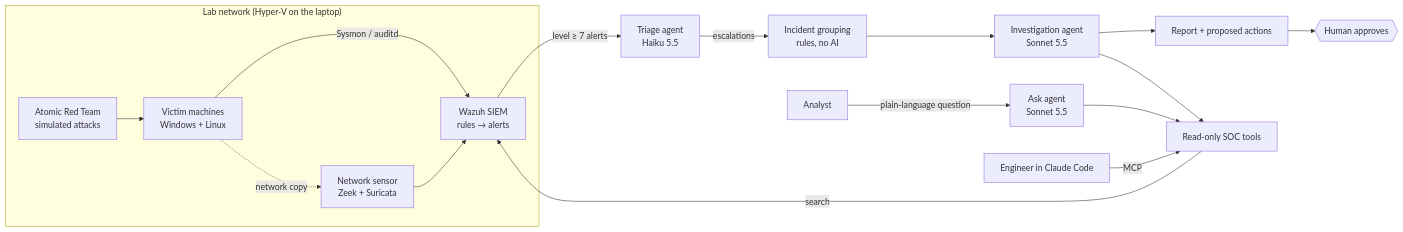
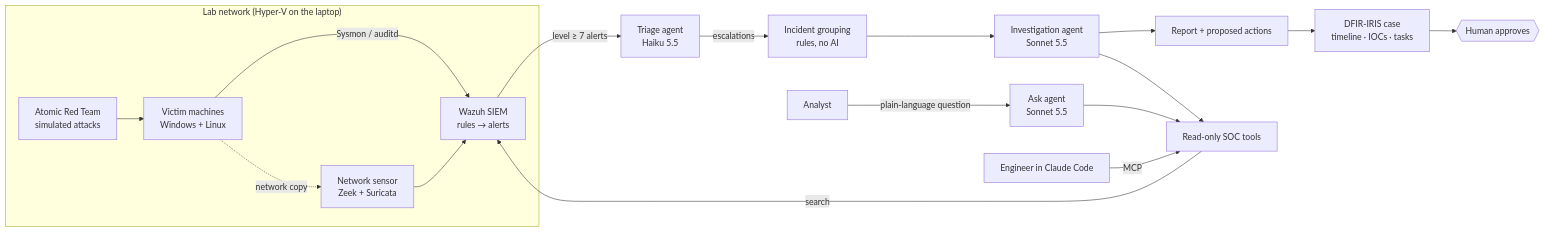
One commit to bharathcmbox/tiny-agenticsoc changed the diagram in README.md. Above: the diagram before and after it, drawn with Mermaid. The commit also changed other lines of this file and 9 other files, not shown here.

First line of the commit message:
DFIR-IRIS case management: incidents become cases

````diff
--- a/README.md
+++ b/README.md
@@ -55,18 +56,19 @@
 ```mermaid
 flowchart LR
   subgraph LAB["Lab network (Hyper-V on the laptop)"]
     ART["Atomic Red Team<br/>simulated attacks"] --> V["Victim machines<br/>Windows + Linux"]
     V -- "Sysmon / auditd" --> W["Wazuh SIEM<br/>rules → alerts"]
     V -. "network copy" .-> S["Network sensor<br/>Zeek + Suricata"] --> W
   end
   W -- "level ≥ 7 alerts" --> T["Triage agent<br/>Haiku 5.5"]
   T -- "escalations" --> G["Incident grouping<br/>rules, no AI"]
   G --> I["Investigation agent<br/>Sonnet 5.5"]
   I --> R["Report + proposed actions"]
-  R --> H{{"Human approves"}}
+  R --> C["DFIR-IRIS case<br/>timeline · IOCs · tasks"]
+  C --> H{{"Human approves"}}
   U["Analyst"] -- "plain-language question" --> A["Ask agent<br/>Sonnet 5.5"]
   CC["Engineer in Claude Code"] -- "MCP" --> TOOLS
   A --> TOOLS["Read-only SOC tools"]
   I --> TOOLS
   TOOLS -- "search" --> W
 ```
````
